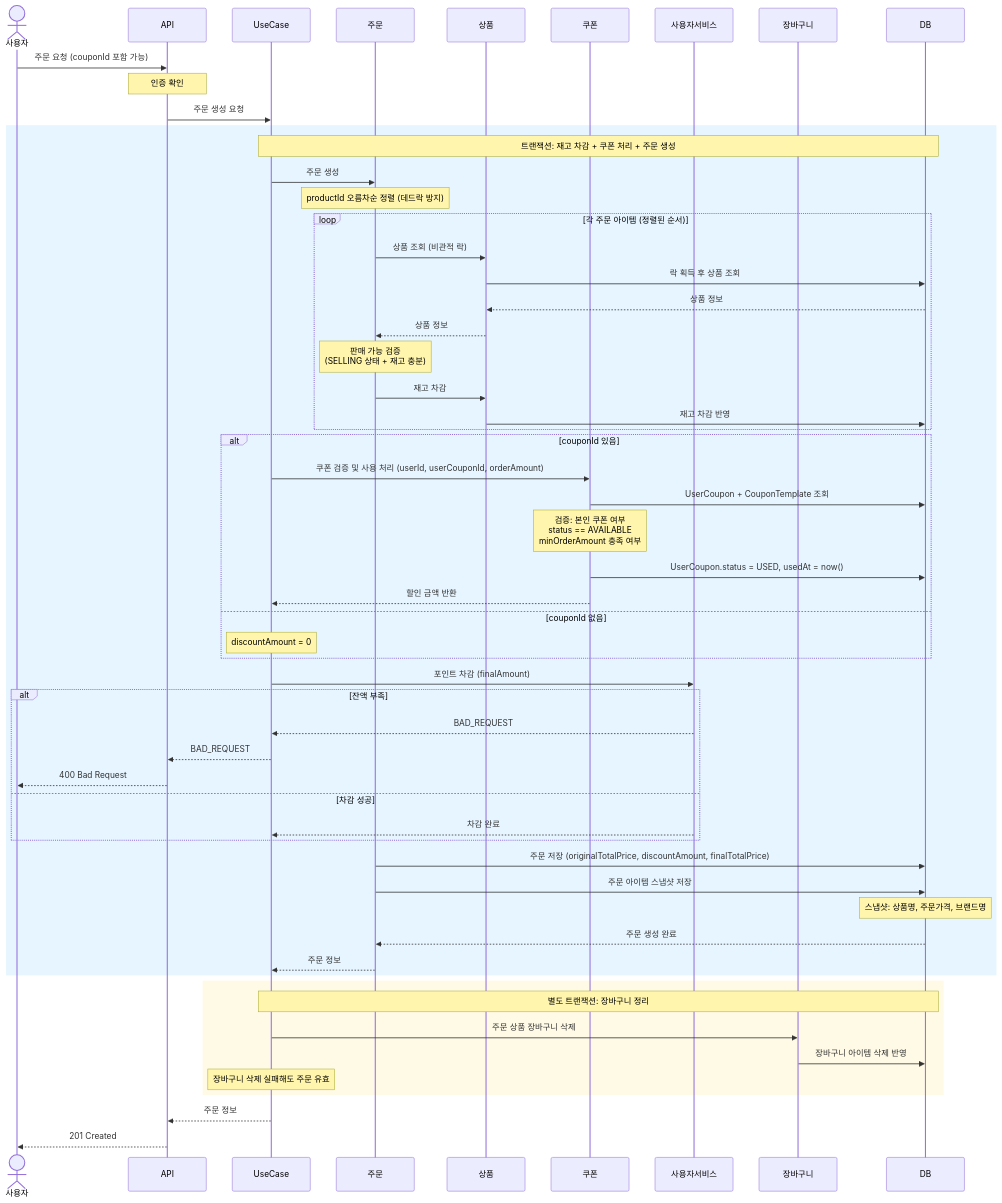
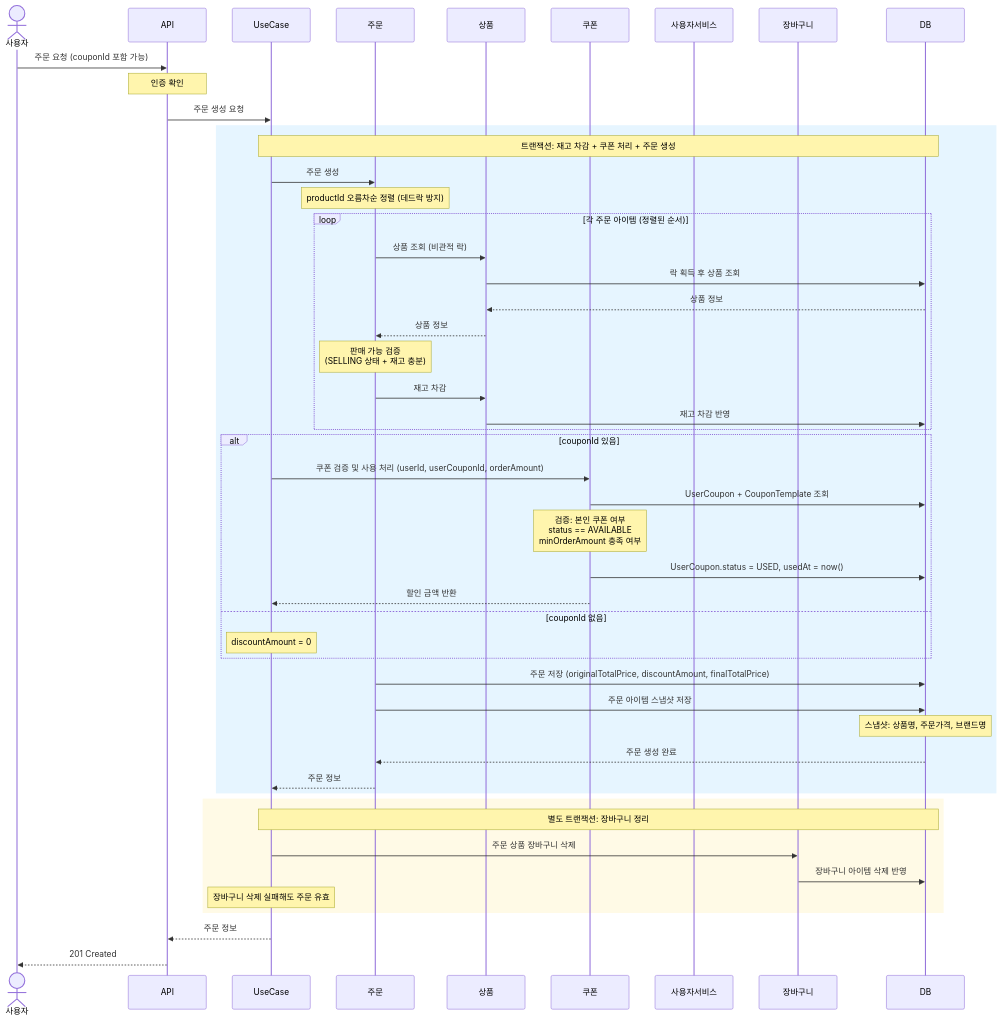
Diagram 13 of 22 in docs/design/02-sequence-diagrams.md (najang/loop-pack-be-l2-vol3-java), drawn with Mermaid before and after one commit. The commit also changed other lines of this file and 5 other files, not shown here.

````diff
--- a/docs/design/02-sequence-diagrams.md
+++ b/docs/design/02-sequence-diagrams.md
@@ -553,72 +516,64 @@
 ```mermaid
 sequenceDiagram
     actor 사용자
     participant API
     participant UseCase
     participant 주문
     participant 상품
     participant 쿠폰
     participant 사용자서비스
     participant 장바구니
     participant DB
 
     사용자->>API: 주문 요청 (couponId 포함 가능)
     Note over API: 인증 확인
 
     API->>UseCase: 주문 생성 요청
 
     rect rgb(230, 245, 255)
         Note over UseCase,DB: 트랜잭션: 재고 차감 + 쿠폰 처리 + 주문 생성
 
         UseCase->>주문: 주문 생성
         Note over 주문: productId 오름차순 정렬 (데드락 방지)
 
         loop 각 주문 아이템 (정렬된 순서)
             주문->>상품: 상품 조회 (비관적 락)
             상품->>DB: 락 획득 후 상품 조회
             DB-->>상품: 상품 정보
             상품-->>주문: 상품 정보
 
             Note over 주문: 판매 가능 검증<br/>(SELLING 상태 + 재고 충분)
 
             주문->>상품: 재고 차감
             상품->>DB: 재고 차감 반영
         end
 
         alt couponId 있음
             UseCase->>쿠폰: 쿠폰 검증 및 사용 처리 (userId, userCouponId, orderAmount)
             쿠폰->>DB: UserCoupon + CouponTemplate 조회
             Note over 쿠폰: 검증: 본인 쿠폰 여부<br/>status == AVAILABLE<br/>minOrderAmount 충족 여부
             쿠폰->>DB: UserCoupon.status = USED, usedAt = now()
             쿠폰-->>UseCase: 할인 금액 반환
         else couponId 없음
             Note over UseCase: discountAmount = 0
         end
 
-        UseCase->>사용자서비스: 포인트 차감 (finalAmount)
-        alt 잔액 부족
-            사용자서비스-->>UseCase: BAD_REQUEST
-            UseCase-->>API: BAD_REQUEST
-            API-->>사용자: 400 Bad Request
-        else 차감 성공
-            사용자서비스-->>UseCase: 차감 완료
-        end
 
         주문->>DB: 주문 저장 (originalTotalPrice, discountAmount, finalTotalPrice)
         주문->>DB: 주문 아이템 스냅샷 저장
         Note over DB: 스냅샷: 상품명, 주문가격, 브랜드명
         DB-->>주문: 주문 생성 완료
         주문-->>UseCase: 주문 정보
     end
 
     rect rgb(255, 250, 230)
         Note over UseCase,DB: 별도 트랜잭션: 장바구니 정리
 
         UseCase->>장바구니: 주문 상품 장바구니 삭제
         장바구니->>DB: 장바구니 아이템 삭제 반영
         Note over UseCase: 장바구니 삭제 실패해도 주문 유효
     end
 
     UseCase-->>API: 주문 정보
     API-->>사용자: 201 Created
 ```
````
